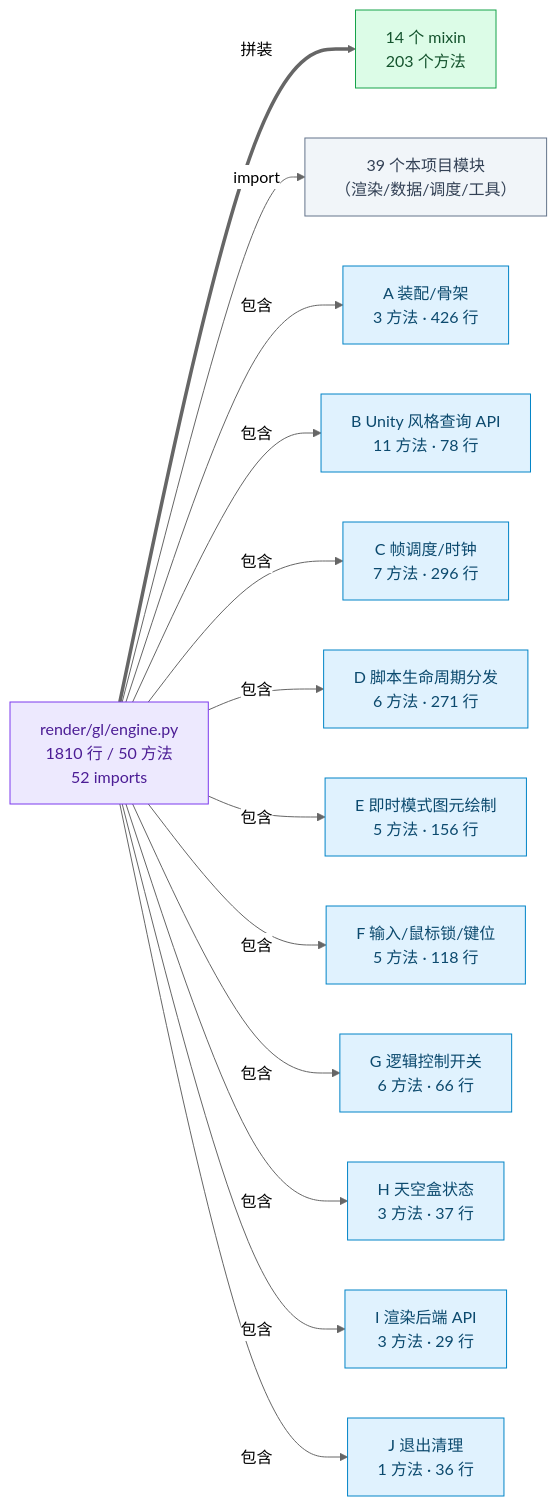
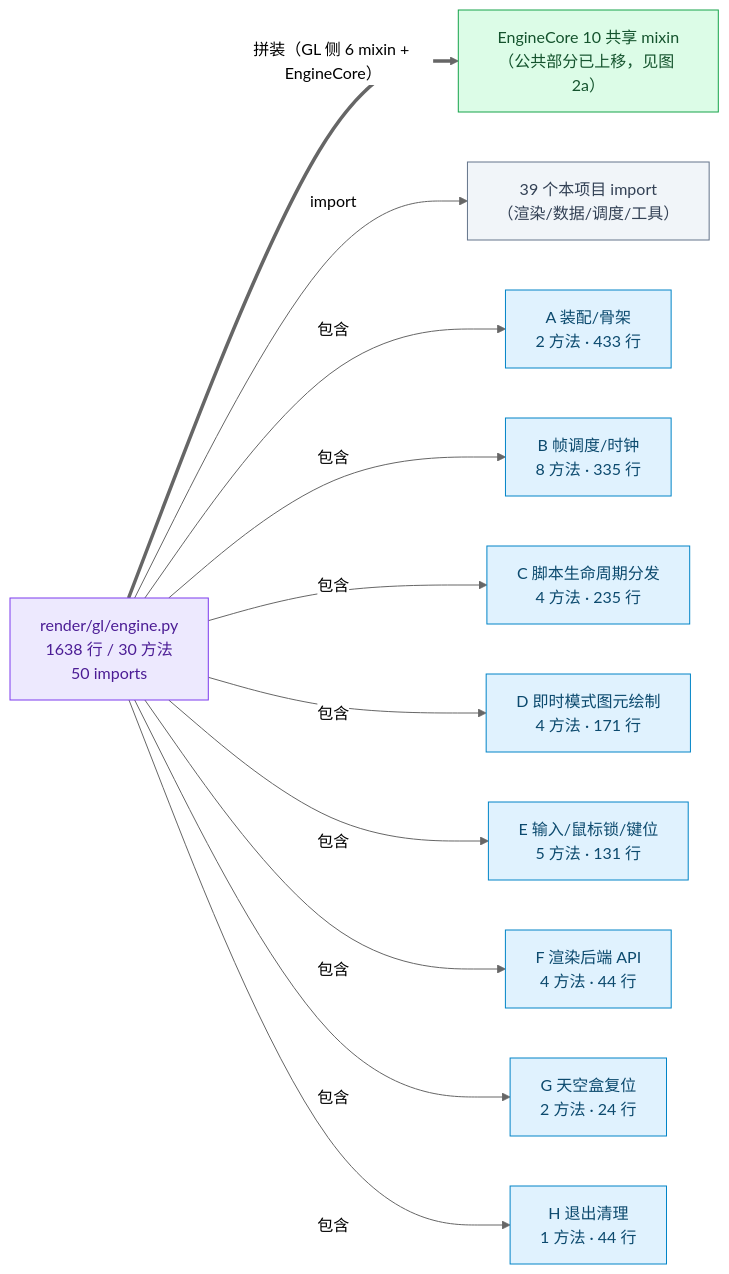
Before and after one commit to lhy302/WeaveEngine: diagram 16 of 23 in ARCHITECTURE.md, drawn with Mermaid (neutral theme). The commit also changed other lines of this file, not shown here.

First line of the commit message:
docs: 架构图 v4 —— 按 HEAD d156cee 真实状态统一重画 23 张 Mermaid 图

````diff
--- a/ARCHITECTURE.md
+++ b/ARCHITECTURE.md
@@ -780,32 +880,28 @@
 ```mermaid
 flowchart LR
-  E["render/gl/engine.py<br/>1810 行 / 50 方法<br/>52 imports"]:::hub
-  M["14 个 mixin<br/>203 个方法"]:::impl
-  P["39 个本项目模块<br/>（渲染/数据/调度/工具）"]:::file
-  D1["A 装配/骨架<br/>3 方法 · 426 行"]:::dom
-  D2["B Unity 风格查询 API<br/>11 方法 · 78 行"]:::dom
-  D3["C 帧调度/时钟<br/>7 方法 · 296 行"]:::dom
-  D4["D 脚本生命周期分发<br/>6 方法 · 271 行"]:::dom
-  D5["E 即时模式图元绘制<br/>5 方法 · 156 行"]:::dom
-  D6["F 输入/鼠标锁/键位<br/>5 方法 · 118 行"]:::dom
-  D7["G 逻辑控制开关<br/>6 方法 · 66 行"]:::dom
-  D8["H 天空盒状态<br/>3 方法 · 37 行"]:::dom
-  D9["I 渲染后端 API<br/>3 方法 · 29 行"]:::dom
-  D10["J 退出清理<br/>1 方法 · 36 行"]:::dom
-  E ==>|拼装| M
+  E["render/gl/engine.py<br/>1638 行 / 30 方法<br/>50 imports"]:::hub
+  M["EngineCore 10 共享 mixin<br/>（公共部分已上移，见图 2a）"]:::impl
+  P["39 个本项目 import<br/>（渲染/数据/调度/工具）"]:::file
+  D1["A 装配/骨架<br/>2 方法 · 433 行"]:::dom
+  D2["B 帧调度/时钟<br/>8 方法 · 335 行"]:::dom
+  D3["C 脚本生命周期分发<br/>4 方法 · 235 行"]:::dom
+  D4["D 即时模式图元绘制<br/>4 方法 · 171 行"]:::dom
+  D5["E 输入/鼠标锁/键位<br/>5 方法 · 131 行"]:::dom
+  D6["F 渲染后端 API<br/>4 方法 · 44 行"]:::dom
+  D7["G 天空盒复位<br/>2 方法 · 24 行"]:::dom
+  D8["H 退出清理<br/>1 方法 · 44 行"]:::dom
+  E ==>|拼装（GL 侧 6 mixin + EngineCore）| M
   E -->|import| P
   E -->|包含| D1
   E -->|包含| D2
   E -->|包含| D3
   E -->|包含| D4
   E -->|包含| D5
   E -->|包含| D6
   E -->|包含| D7
   E -->|包含| D8
-  E -->|包含| D9
-  E -->|包含| D10
   classDef hub fill:#ede9fe,stroke:#7c3aed,color:#4c1d95
   classDef impl fill:#dcfce7,stroke:#16a34a,color:#14532d
   classDef dom fill:#e0f2fe,stroke:#0284c7,color:#0c4a6e
   classDef file fill:#f1f5f9,stroke:#64748b,color:#334155
 ```
````
